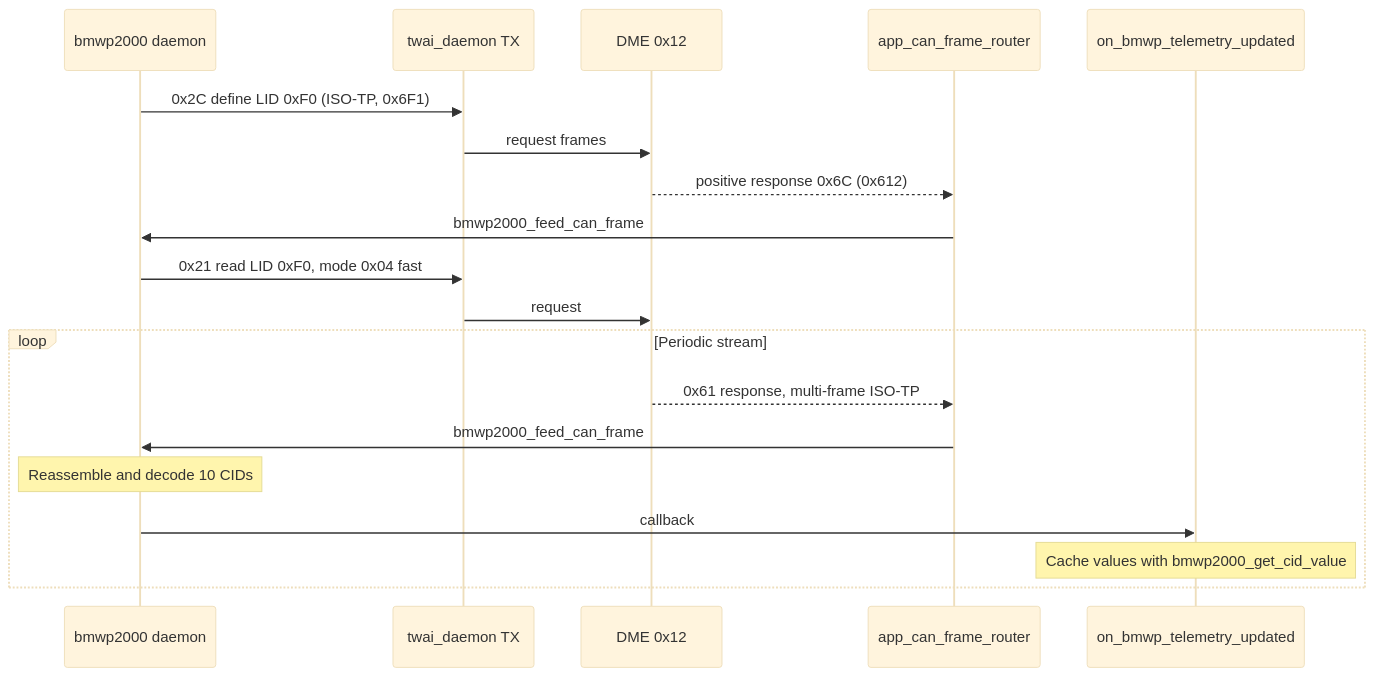
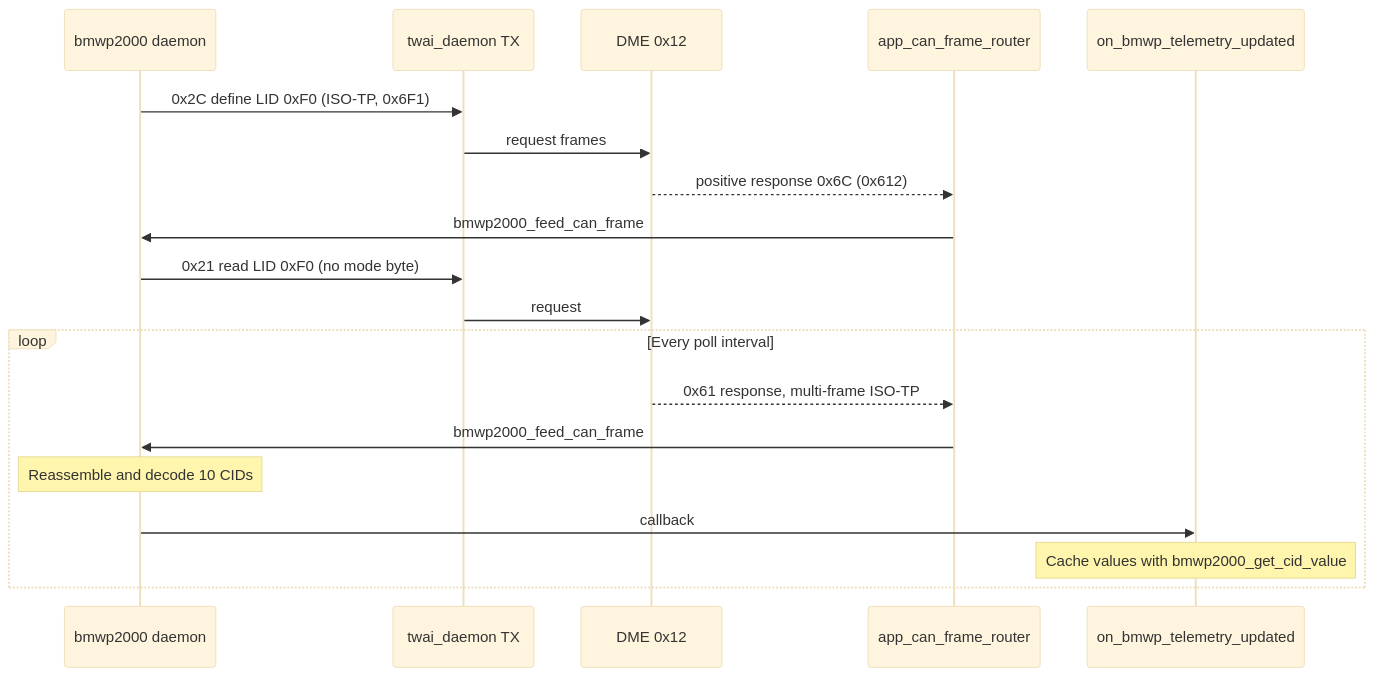
The third of 4 diagrams in docs/TOO.MD (martinroger/MiniGauge56), drawn with Mermaid (base theme) before and after one commit. The commit also changed other lines of this file and 15 other files, not shown here.

First line of the commit message:
Adapt tools, LID config and docs to BMWP2000 4.0.0 (no transmission_mode)

````diff
--- a/docs/TOO.MD
+++ b/docs/TOO.MD
@@ -143,22 +143,22 @@
 ```mermaid
 sequenceDiagram
     participant D as bmwp2000 daemon
     participant TX as twai_daemon TX
     participant DME as DME 0x12
     participant ROUTER as app_can_frame_router
     participant CB as on_bmwp_telemetry_updated
 
     D->>TX: 0x2C define LID 0xF0 (ISO-TP, 0x6F1)
     TX->>DME: request frames
     DME-->>ROUTER: positive response 0x6C (0x612)
     ROUTER->>D: bmwp2000_feed_can_frame
-    D->>TX: 0x21 read LID 0xF0, mode 0x04 fast
+    D->>TX: 0x21 read LID 0xF0 (no mode byte)
     TX->>DME: request
-    loop Periodic stream
+    loop Every poll interval
         DME-->>ROUTER: 0x61 response, multi-frame ISO-TP
         ROUTER->>D: bmwp2000_feed_can_frame
         Note over D: Reassemble and decode 10 CIDs
         D->>CB: callback
         Note over CB: Cache values with bmwp2000_get_cid_value
     end
 ```
````
